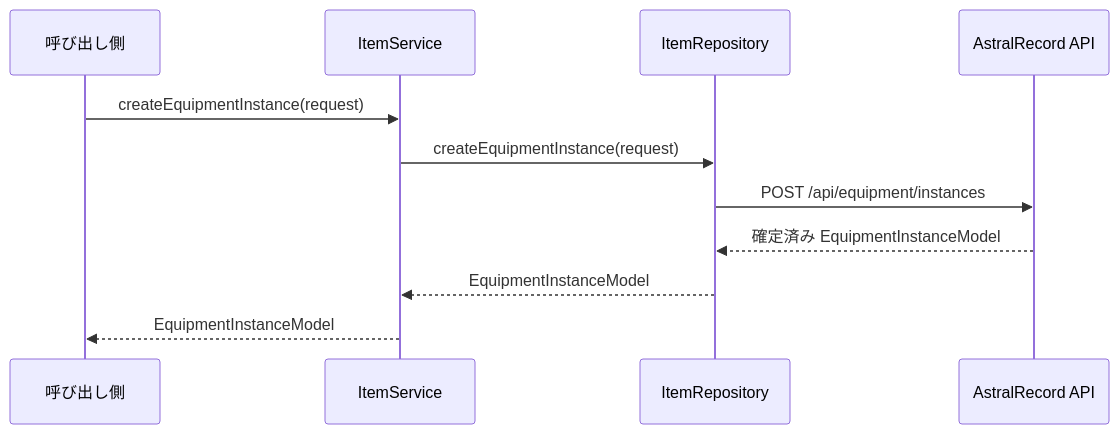
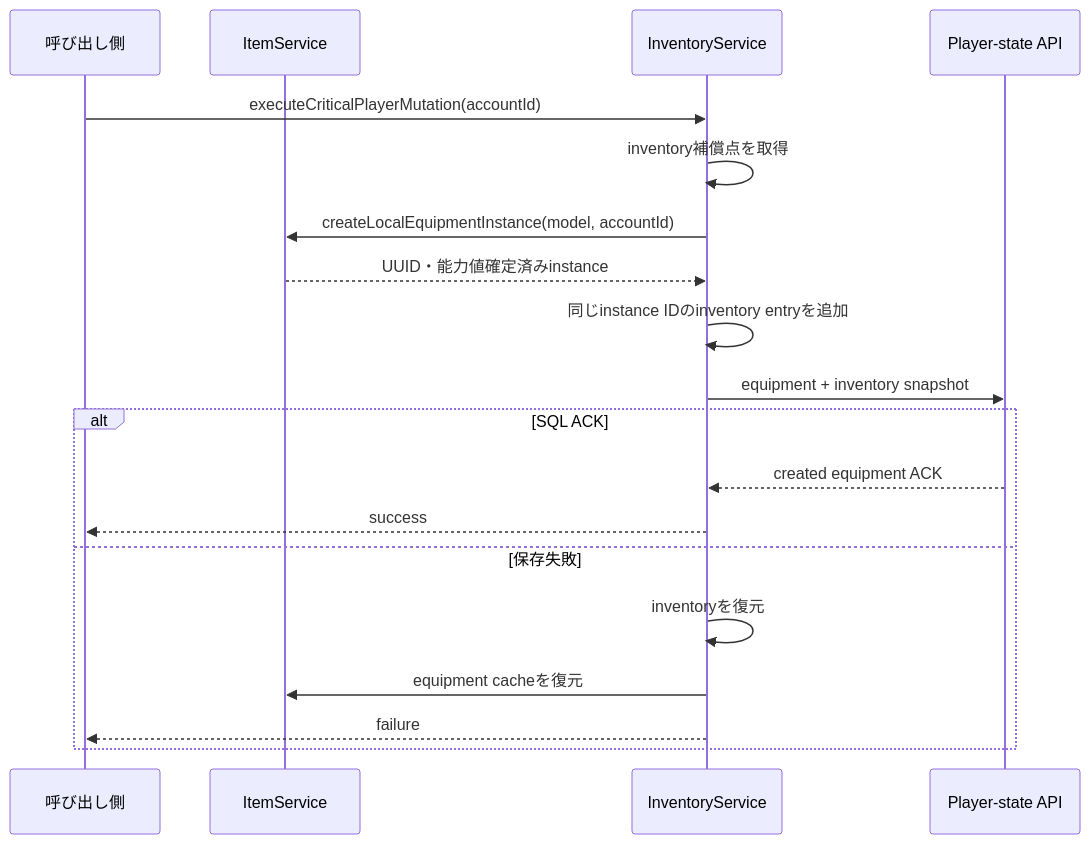
Before and after one commit to maaasu/AstralRecord-Workspace: the fourth of 8 diagrams in 00_docs/10_Plugin設計書/feature/04-item/04_4-統合フロー.md, drawn with Mermaid. The commit also changed other lines of this file and 213 other files, not shown here.

````diff
--- a/00_docs/10_Plugin設計書/feature/04-item/04_4-統合フロー.md
+++ b/00_docs/10_Plugin設計書/feature/04-item/04_4-統合フロー.md
@@ -131,14 +131,22 @@
 ```mermaid
 sequenceDiagram
     participant C as 呼び出し側
     participant IS as ItemService
-    participant IR as ItemRepository
-    participant API as AstralRecord API
+    participant INV as InventoryService
+    participant API as Player-state API
 
-    C->>IS: createEquipmentInstance(request)
-    IS->>IR: createEquipmentInstance(request)
-    IR->>API: POST /api/equipment/instances
-    API-->>IR: 確定済み EquipmentInstanceModel
-    IR-->>IS: EquipmentInstanceModel
-    IS-->>C: EquipmentInstanceModel
+    C->>INV: executeCriticalPlayerMutation(accountId)
+    INV->>INV: inventory補償点を取得
+    INV->>IS: createLocalEquipmentInstance(model, accountId)
+    IS-->>INV: UUID・能力値確定済みinstance
+    INV->>INV: 同じinstance IDのinventory entryを追加
+    INV->>API: equipment + inventory snapshot
+    alt SQL ACK
+        API-->>INV: created equipment ACK
+        INV-->>C: success
+    else 保存失敗
+        INV->>INV: inventoryを復元
+        INV->>IS: equipment cacheを復元
+        INV-->>C: failure
+    end
 ```
````
